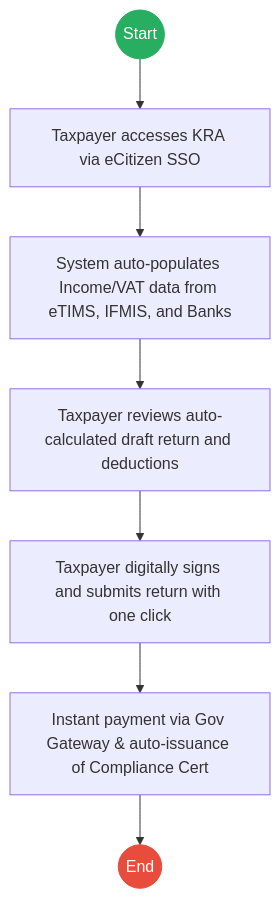
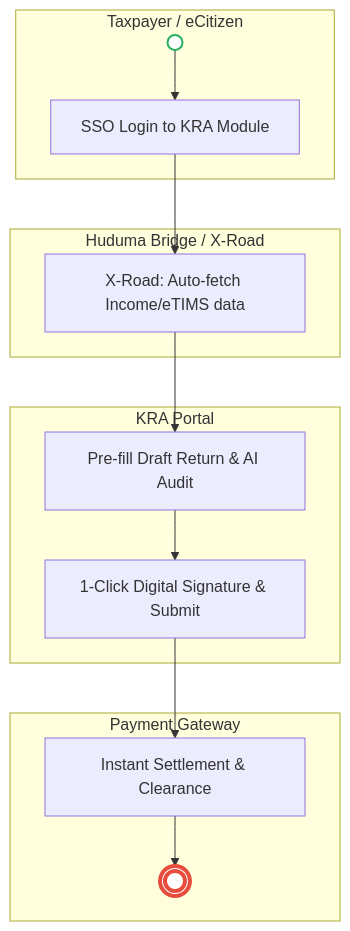
One commit to BITZ-IT-Consulting-LTD/ictapoc changed the fourth of 4 diagrams in mdas/docs_final/Kenya_Revenue_Authority___Tax_Return_Filing.md. Above: the diagram before and after it, drawn with Mermaid. The commit also changed other lines of this file and 13 other files, not shown here.

````diff
--- a/mdas/docs_final/Kenya_Revenue_Authority___Tax_Return_Filing.md
+++ b/mdas/docs_final/Kenya_Revenue_Authority___Tax_Return_Filing.md
@@ -106,14 +120,23 @@
 ```mermaid
-graph TD
-    Start((Start)) --> T1
-    T1["Taxpayer accesses KRA via eCitizen SSO"] --> T2
-    T2["System auto-populates Income/VAT data from eTIMS, IFMIS, and Banks"] --> T3
-    T3["Taxpayer reviews auto-calculated draft return and deductions"] --> T4
-    T4["Taxpayer digitally signs and submits return with one click"] --> T5
-    T5["Instant payment via Gov Gateway & auto-issuance of Compliance Cert"] --> End((End))
+flowchart TD
+    subgraph Taxpayer["Taxpayer / eCitizen"]
+        Start(( )) --> T1[SSO Login to KRA Module]
+    end
 
-    classDef start fill:#27ae60,stroke:#27ae60,color:#fff;
-    classDef endNode fill:#e74c3c,stroke:#e74c3c,color:#fff;
-    class Start start;
-    class End endNode;
+    subgraph Hub["Huduma Bridge / X-Road"]
+        T1 --> H1[X-Road: Auto-fetch Income/eTIMS data]
+    end
+
+    subgraph KRA["KRA Portal"]
+        H1 --> K1[Pre-fill Draft Return & AI Audit]
+        K1 --> K2[1-Click Digital Signature & Submit]
+    end
+
+    subgraph Finance["Payment Gateway"]
+        K2 --> F1[Instant Settlement & Clearance]
+        F1 --> End((( )))
+    end
+
+    style Start fill:#fff,stroke:#27ae60,stroke-width:2px
+    style End fill:#fff,stroke:#e74c3c,stroke-width:4px
 ```
````
